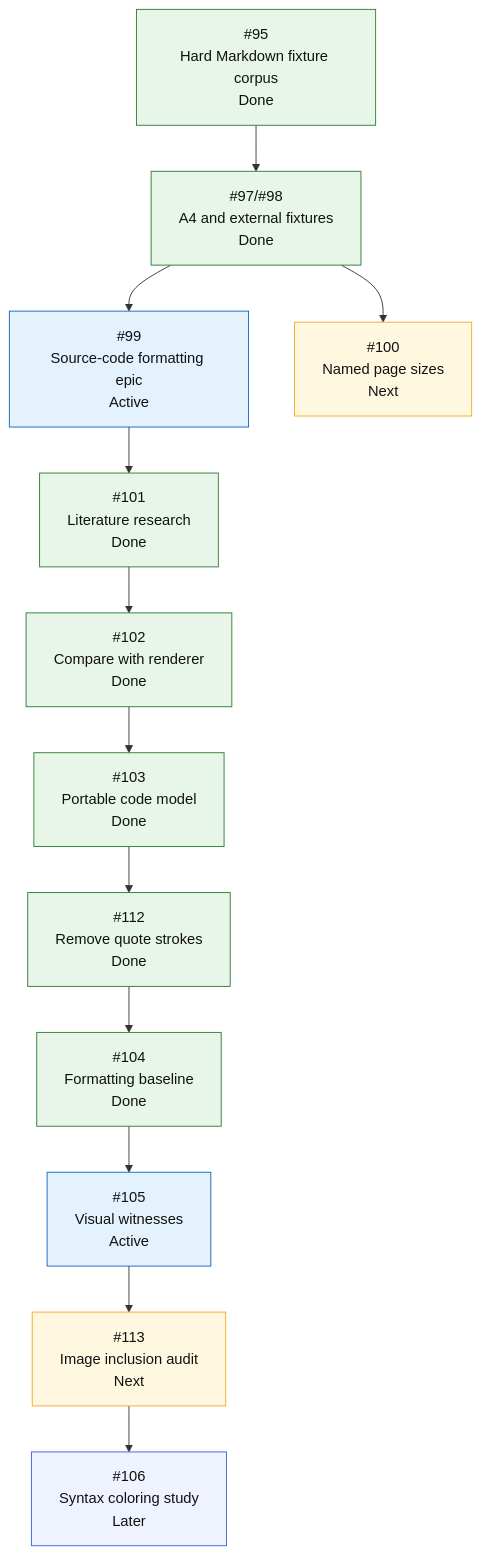
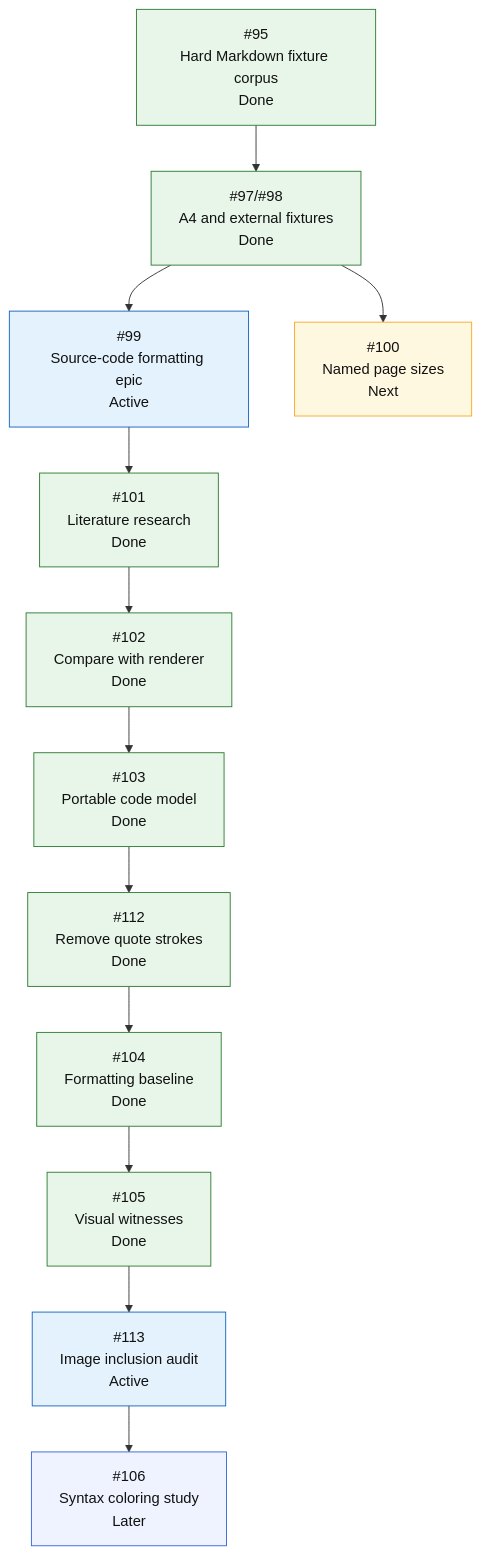
Before and after one commit to mihaelamj/MarkdownPDF: the fifth of 5 diagrams in README.md, drawn with Mermaid.

Commit message:
docs(roadmap): advance image audit

````diff
--- a/README.md
+++ b/README.md
@@ -419,33 +419,32 @@
 ```mermaid
 flowchart TD
     H0["#95<br/>Hard Markdown fixture corpus<br/>Done"]
     H1["#97/#98<br/>A4 and external fixtures<br/>Done"]
     H2["#99<br/>Source-code formatting epic<br/>Active"]
     H2A["#101<br/>Literature research<br/>Done"]
     H2B["#102<br/>Compare with renderer<br/>Done"]
     H2C["#103<br/>Portable code model<br/>Done"]
     H2D["#112<br/>Remove quote strokes<br/>Done"]
     H2E["#104<br/>Formatting baseline<br/>Done"]
-    H2F["#105<br/>Visual witnesses<br/>Active"]
-    H2G["#113<br/>Image inclusion audit<br/>Next"]
+    H2F["#105<br/>Visual witnesses<br/>Done"]
+    H2G["#113<br/>Image inclusion audit<br/>Active"]
     H2H["#106<br/>Syntax coloring study<br/>Later"]
     H3["#100<br/>Named page sizes<br/>Next"]
 
     H0 --> H1
     H1 --> H2
     H2 --> H2A --> H2B --> H2C --> H2D --> H2E --> H2F --> H2G --> H2H
     H1 --> H3
 
     classDef done fill:#e8f5e9,stroke:#2e7d32,color:#111;
     classDef active fill:#e3f2fd,stroke:#1565c0,color:#111;
     classDef review fill:#f3e5f5,stroke:#7b1fa2,color:#111;
     classDef next fill:#fff8e1,stroke:#f9a825,color:#111;
     classDef todo fill:#eef3ff,stroke:#3367d6,color:#111;
     class H0 done;
     class H1 done;
-    class H2,H2F active;
-    class H2A,H2B,H2C,H2D,H2E done;
-    class H2G next;
+    class H2,H2G active;
+    class H2A,H2B,H2C,H2D,H2E,H2F done;
     class H2H todo;
     class H3 next;
 ```
````
